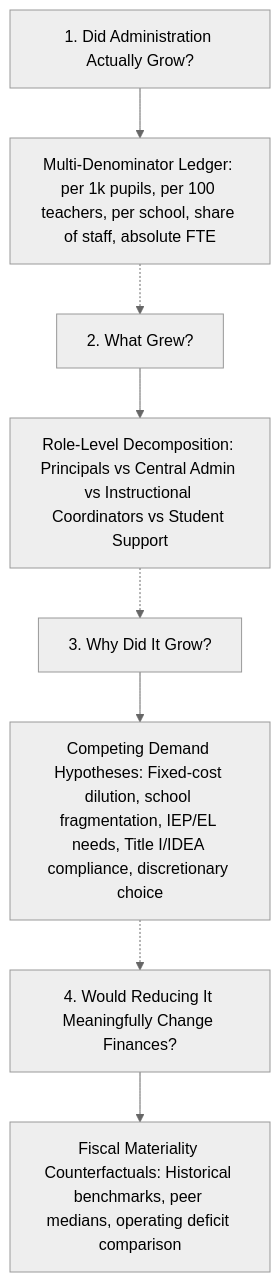
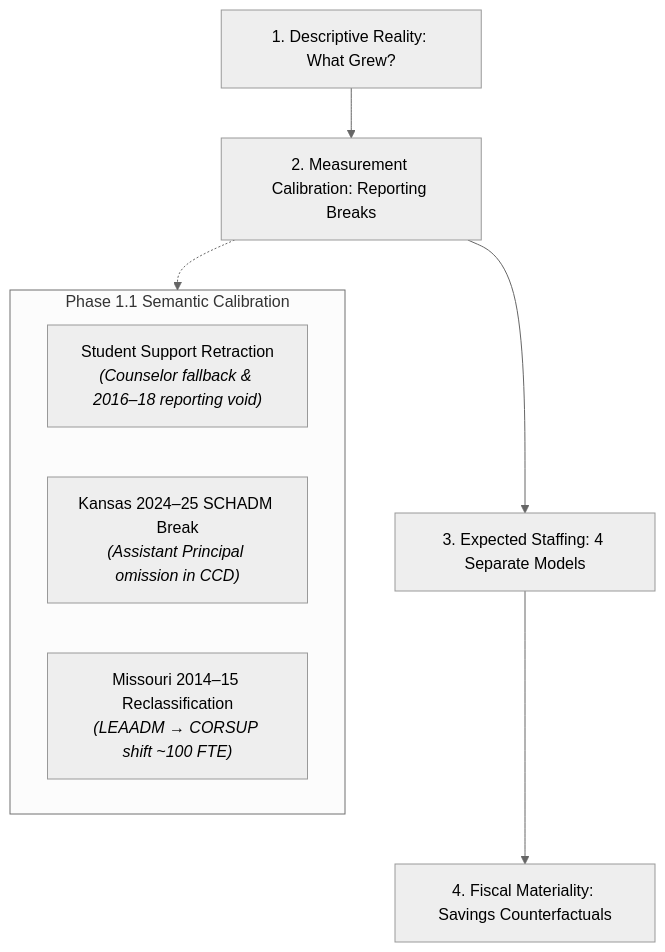
Before and after one commit to admiralorbiter/computational-sketchbook: the diagram in 2026/2026-10-01-kc-admin-staffing-decomposition/README.md, drawn with Mermaid (neutral theme). The commit also changed other lines of this file and 21 other files, not shown here.

````diff
--- a/2026/2026-10-01-kc-admin-staffing-decomposition/README.md
+++ b/2026/2026-10-01-kc-admin-staffing-decomposition/README.md
@@ -18,11 +18,14 @@
 ```mermaid
 flowchart TD
-    Q1["1. Did Administration Actually Grow?"] --> M1["Multi-Denominator Ledger: per 1k pupils, per 100 teachers, per school, share of staff, absolute FTE"]
-    Q2["2. What Grew?"] --> M2["Role-Level Decomposition: Principals vs Central Admin vs Instructional Coordinators vs Student Support"]
-    Q3["3. Why Did It Grow?"] --> M3["Competing Demand Hypotheses: Fixed-cost dilution, school fragmentation, IEP/EL needs, Title I/IDEA compliance, discretionary choice"]
-    Q4["4. Would Reducing It Meaningfully Change Finances?"] --> M4["Fiscal Materiality Counterfactuals: Historical benchmarks, peer medians, operating deficit comparison"]
+    Q1["1. Descriptive Reality: What Grew?"] --> Q2["2. Measurement Calibration: Reporting Breaks"]
+    Q2 --> Q3["3. Expected Staffing: 4 Separate Models"]
+    Q3 --> Q4["4. Fiscal Materiality: Savings Counterfactuals"]
 
-    M1 -.-> Q2
-    M2 -.-> Q3
-    M3 -.-> Q4
+    subgraph Calibration["Phase 1.1 Semantic Calibration"]
+        B1["Student Support Retraction<br/><i>(Counselor fallback & 2016–18 reporting void)</i>"]
+        B2["Kansas 2024–25 SCHADM Break<br/><i>(Assistant Principal omission in CCD)</i>"]
+        B3["Missouri 2014–15 Reclassification<br/><i>(LEAADM → CORSUP shift ~100 FTE)</i>"]
+    end
+
+    Q2 -.-> Calibration
 ```
````
